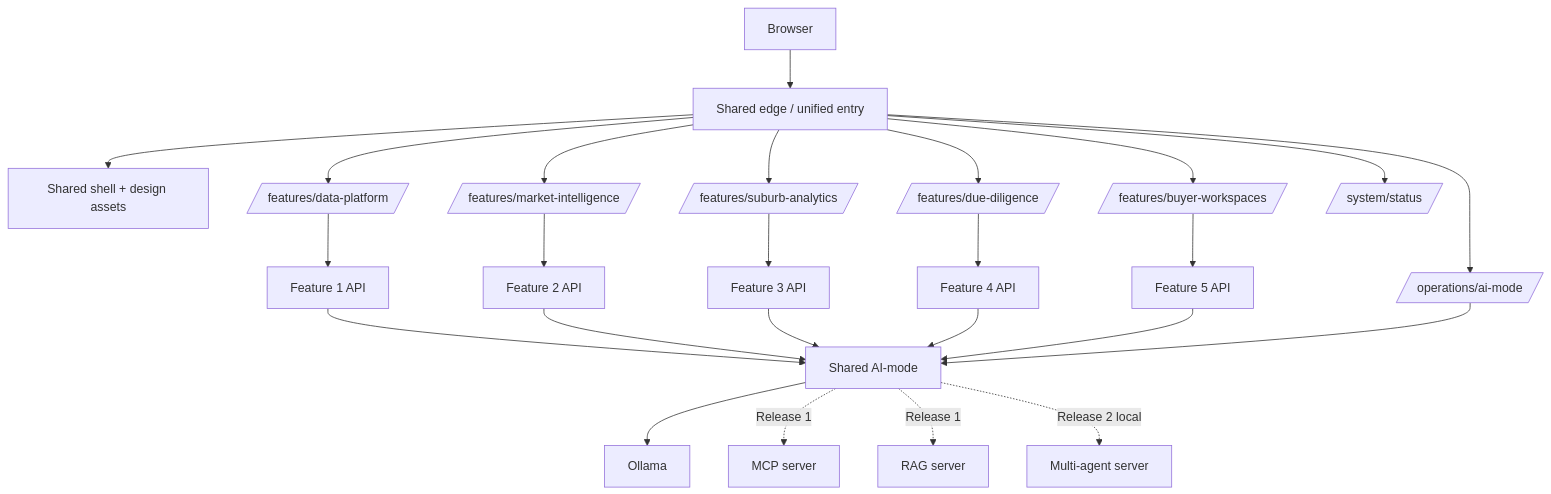
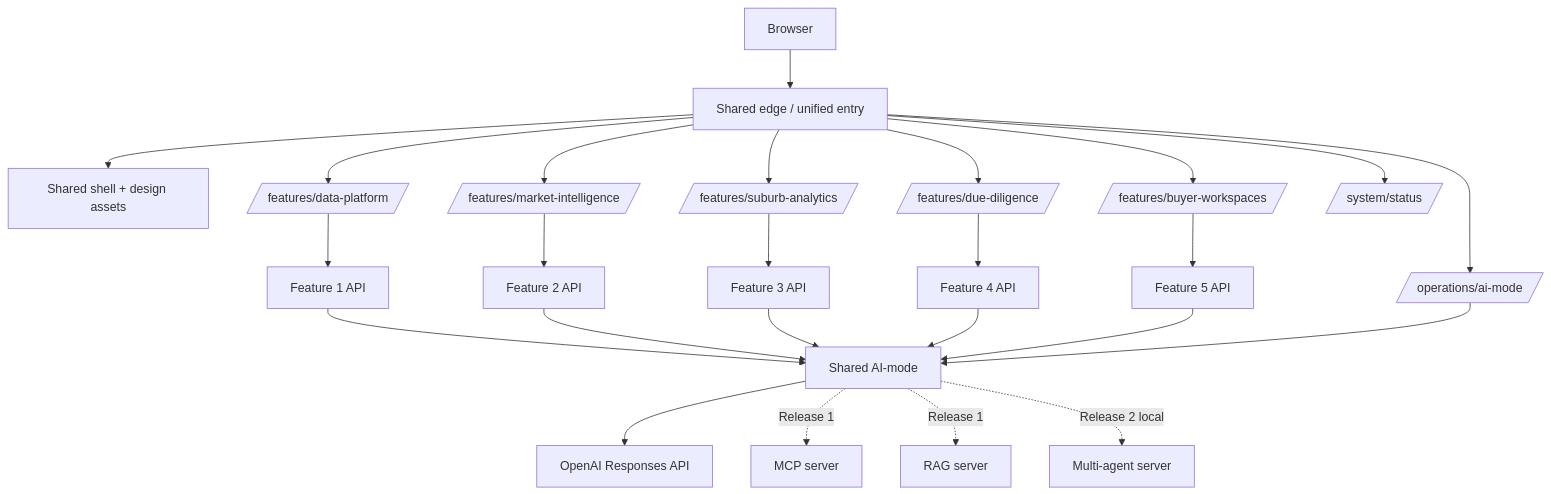
The diagram in docs/design/03-shared-platform-redesign.md (MattShelton04/41026ASDProject), drawn with Mermaid before and after one commit. The commit also changed other lines of this file and 44 other files, not shown here.

````diff
--- a/docs/design/03-shared-platform-redesign.md
+++ b/docs/design/03-shared-platform-redesign.md
@@ -63,30 +63,30 @@
 ```mermaid
 flowchart TB
   Browser --> Edge[Shared edge / unified entry]
   Edge --> Static[Shared shell + design assets]
   Edge --> F1[/features/data-platform/]
   Edge --> F2[/features/market-intelligence/]
   Edge --> F3[/features/suburb-analytics/]
   Edge --> F4[/features/due-diligence/]
   Edge --> F5[/features/buyer-workspaces/]
   Edge --> Ops[/operations/ai-mode/]
   Edge --> Status[/system/status/]
 
   F1 --> B1[Feature 1 API]
   F2 --> B2[Feature 2 API]
   F3 --> B3[Feature 3 API]
   F4 --> B4[Feature 4 API]
   F5 --> B5[Feature 5 API]
 
   B1 --> AI[Shared AI-mode]
   B2 --> AI
   B3 --> AI
   B4 --> AI
   B5 --> AI
   Ops --> AI
 
-  AI --> O[Ollama]
+  AI --> O[OpenAI Responses API]
   AI -. Release 1 .-> MCP[MCP server]
   AI -. Release 1 .-> RAG[RAG server]
   AI -. Release 2 local .-> MAS[Multi-agent server]
 ```
````
